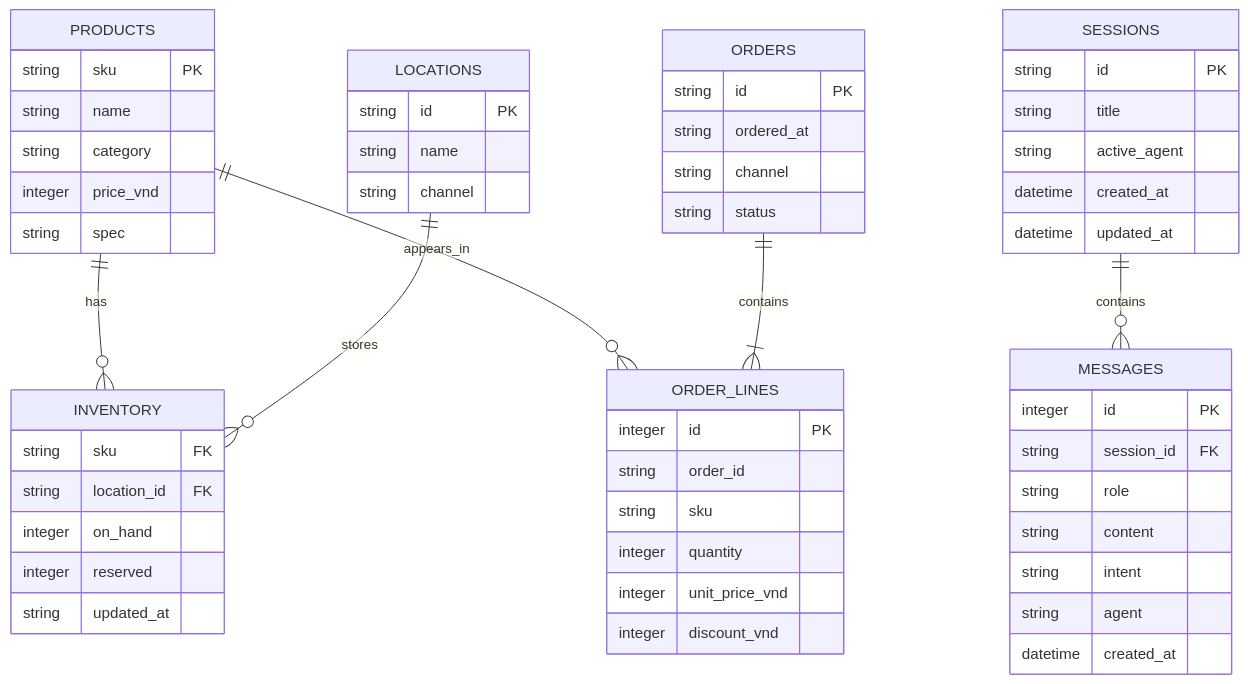
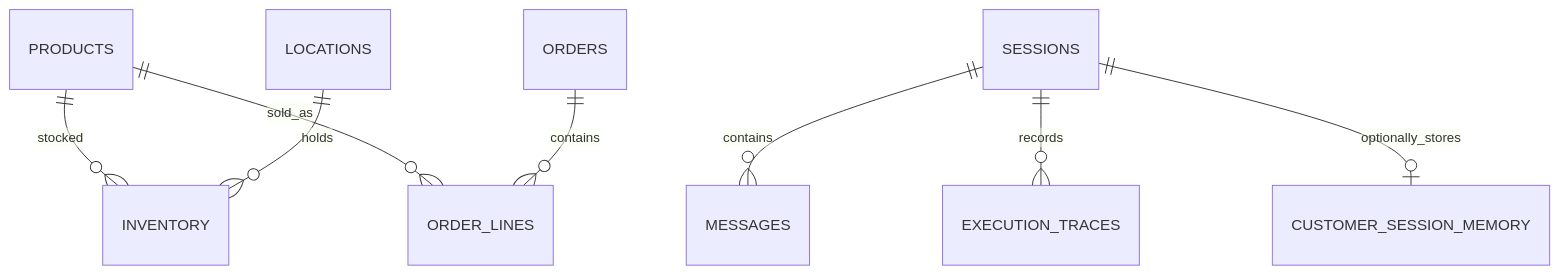
One commit to hungtvb/retailIQ changed the diagram in docs/DATA_API.md. Above: the diagram before and after it, drawn with Mermaid. The commit also changed other lines of this file, not shown here.

````diff
--- a/docs/DATA_API.md
+++ b/docs/DATA_API.md
@@ -29,15 +33,10 @@
-```mermaid
+~~~mermaid
 erDiagram
-    PRODUCTS ||--o{ INVENTORY : has
-    LOCATIONS ||--o{ INVENTORY : stores
-    PRODUCTS ||--o{ ORDER_LINES : appears_in
-    ORDERS ||--|{ ORDER_LINES : contains
+    PRODUCTS ||--o{ INVENTORY : stocked
+    LOCATIONS ||--o{ INVENTORY : holds
+    PRODUCTS ||--o{ ORDER_LINES : sold_as
+    ORDERS ||--o{ ORDER_LINES : contains
     SESSIONS ||--o{ MESSAGES : contains
-    PRODUCTS { string sku PK string name string category integer price_vnd string spec }
-    LOCATIONS { string id PK string name string channel }
-    INVENTORY { string sku FK string location_id FK integer on_hand integer reserved string updated_at }
-    ORDERS { string id PK string ordered_at string channel string status }
-    ORDER_LINES { integer id PK string order_id string sku integer quantity integer unit_price_vnd integer discount_vnd }
-    SESSIONS { string id PK string title string active_agent datetime created_at datetime updated_at }
-    MESSAGES { integer id PK string session_id FK string role string content string intent string agent datetime created_at }
-```
+    SESSIONS ||--o{ EXECUTION_TRACES : records
+    SESSIONS ||--o| CUSTOMER_SESSION_MEMORY : optionally_stores
+~~~
````
